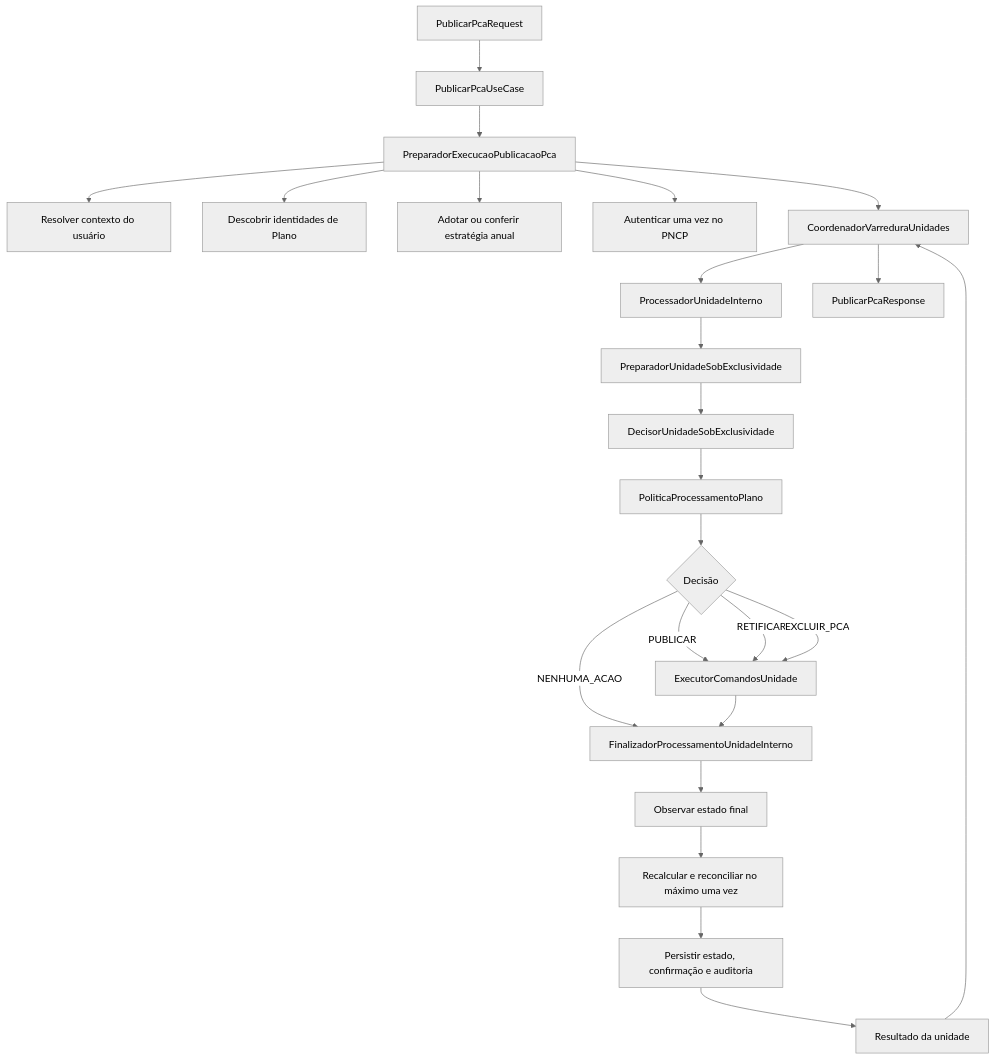
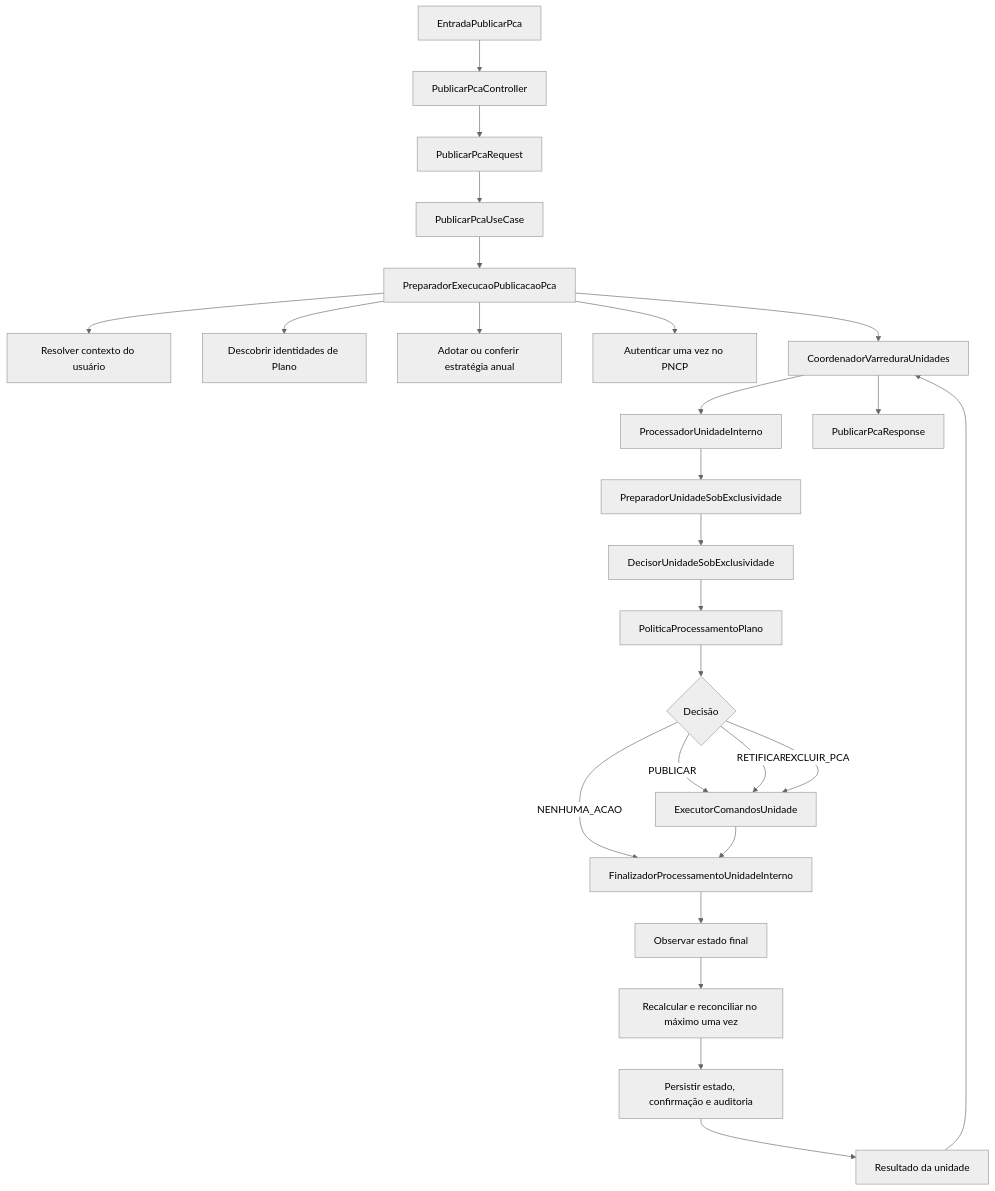
One commit to JhonnyRodrigues/pca-pncp-backend changed the second of 3 diagrams in docs/vigentes/apoio/guia_de_leitura_do_codigo.md. Above: the diagram before and after it, drawn with Mermaid (neutral theme). The commit also changed other lines of this file and 11 other files, not shown here.

````diff
--- a/docs/vigentes/apoio/guia_de_leitura_do_codigo.md
+++ b/docs/vigentes/apoio/guia_de_leitura_do_codigo.md
@@ -34,26 +39,28 @@
 ```mermaid
 flowchart TD
+    E[EntradaPublicarPca] --> C[PublicarPcaController]
+    C --> R[PublicarPcaRequest]
     R[PublicarPcaRequest] --> U[PublicarPcaUseCase]
     U --> PG[PreparadorExecucaoPublicacaoPca]
     PG --> CU[Resolver contexto do usuário]
     PG --> DP[Descobrir identidades de Plano]
     PG --> EA[Adotar ou conferir estratégia anual]
     PG --> AU[Autenticar uma vez no PNCP]
     PG --> CV[CoordenadorVarreduraUnidades]
     CV --> PU[ProcessadorUnidadeInterno]
     PU --> PE[PreparadorUnidadeSobExclusividade]
     PE --> DU[DecisorUnidadeSobExclusividade]
     DU --> PD[PoliticaProcessamentoPlano]
     PD --> DEC{Decisão}
     DEC -->|PUBLICAR| EX[ExecutorComandosUnidade]
     DEC -->|RETIFICAR| EX
     DEC -->|EXCLUIR_PCA| EX
     DEC -->|NENHUMA_ACAO| FI[Finalizador]
     EX --> FI[FinalizadorProcessamentoUnidadeInterno]
     FI --> OF[Observar estado final]
     OF --> RC[Recalcular e reconciliar no máximo uma vez]
     RC --> PL[Persistir estado, confirmação e auditoria]
     PL --> RU[Resultado da unidade]
     RU --> CV
     CV --> RESP[PublicarPcaResponse]
 ```
````
